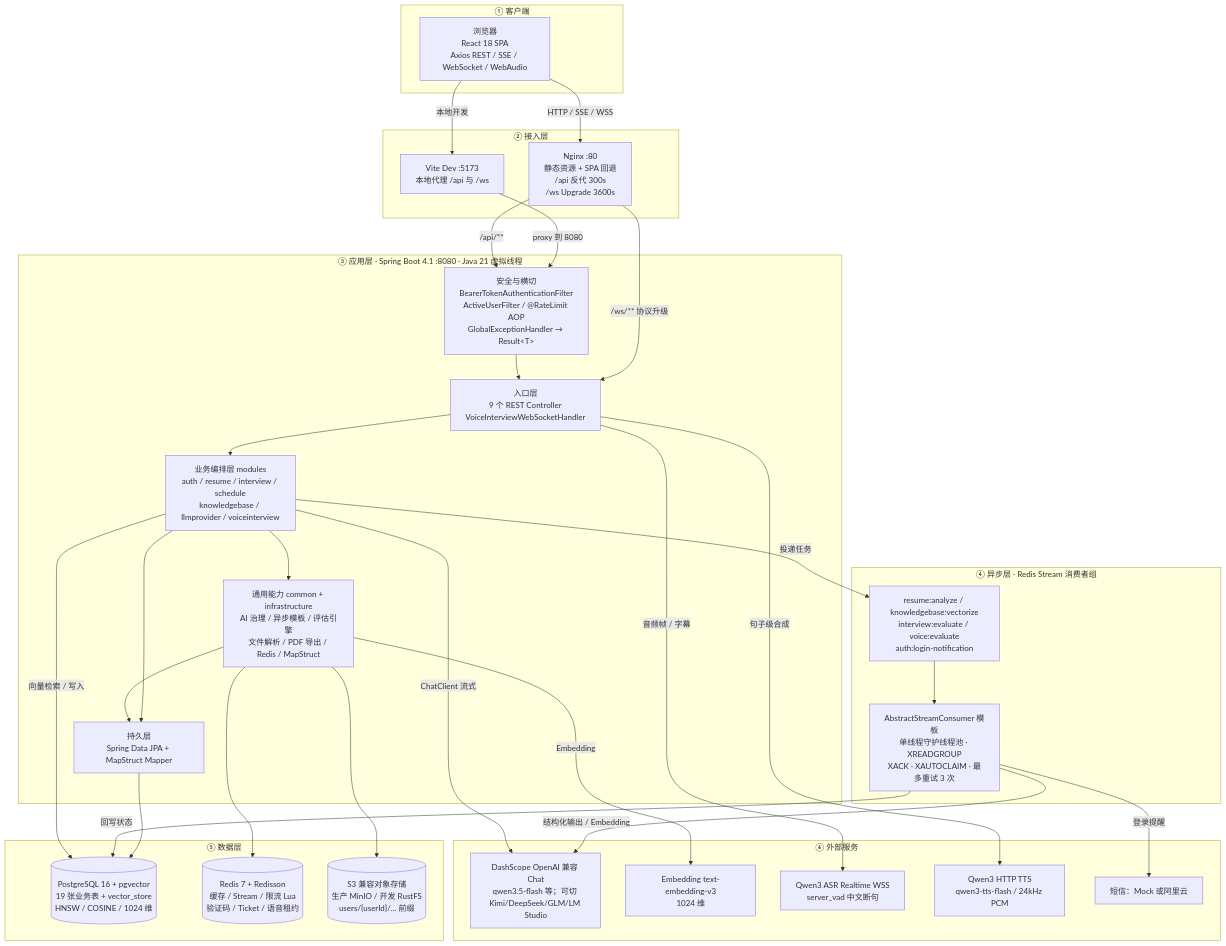
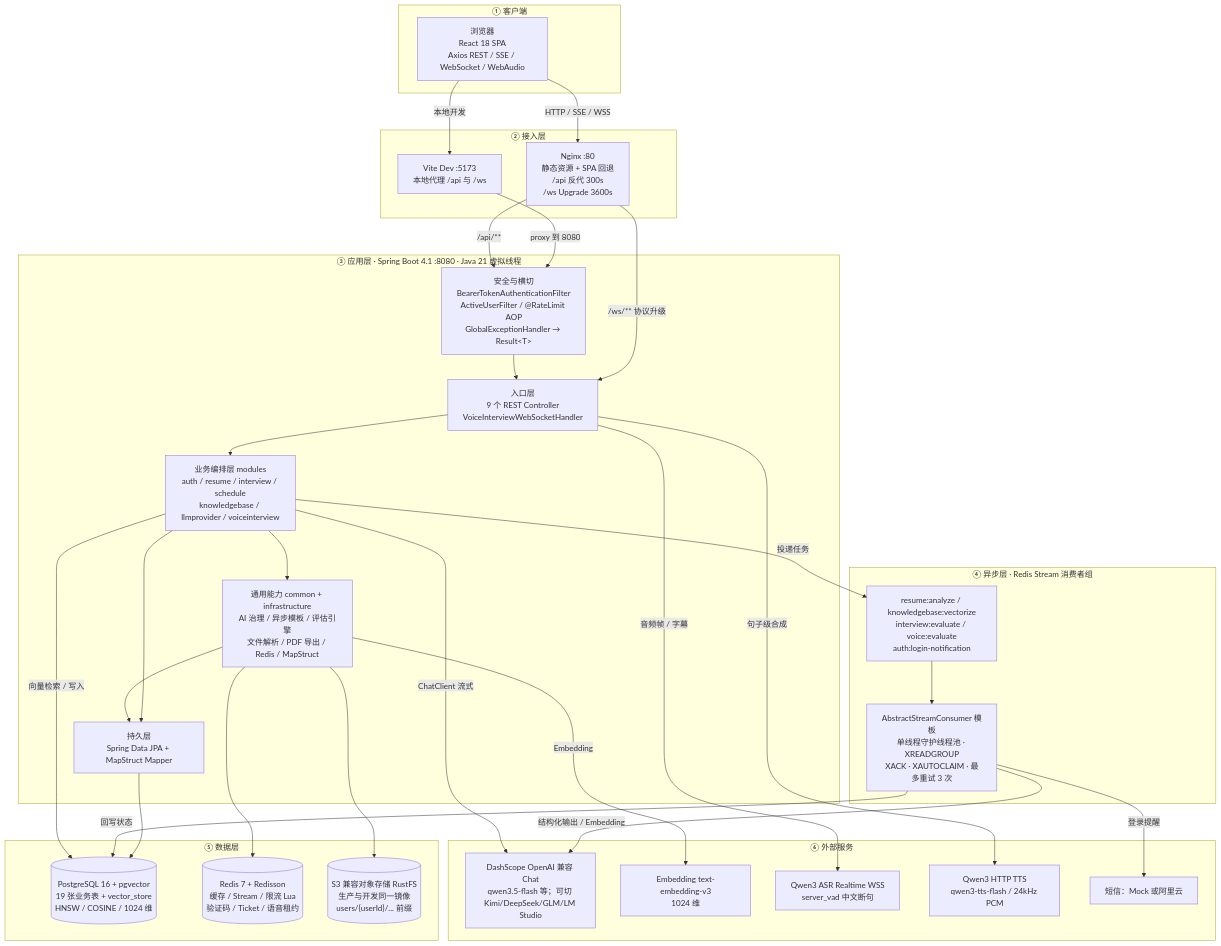
One commit to Panda-myj/interview-guide changed the first of 29 diagrams in 项目架构.md. Above: the diagram before and after it, drawn with Mermaid. The commit also changed other lines of this file and 129 other files, not shown here.

````diff
--- a/项目架构.md
+++ b/项目架构.md
@@ -68,61 +68,61 @@
 ```mermaid
 flowchart TB
   subgraph CLIENT["① 客户端"]
     BROWSER["浏览器<br/>React 18 SPA<br/>Axios REST / SSE / WebSocket / WebAudio"]
   end
 
   subgraph EDGE["② 接入层"]
     NGINX["Nginx :80<br/>静态资源 + SPA 回退<br/>/api 反代 300s<br/>/ws Upgrade 3600s"]
     VITE["Vite Dev :5173<br/>本地代理 /api 与 /ws"]
   end
 
   subgraph SERVER["③ 应用层 · Spring Boot 4.1 :8080 · Java 21 虚拟线程"]
     SEC["安全与横切<br/>BearerTokenAuthenticationFilter<br/>ActiveUserFilter / @RateLimit AOP<br/>GlobalExceptionHandler → Result&lt;T&gt;"]
     CTRL["入口层<br/>9 个 REST Controller<br/>VoiceInterviewWebSocketHandler"]
     SVC["业务编排层 modules<br/>auth / resume / interview / schedule<br/>knowledgebase / llmprovider / voiceinterview"]
     COMMON["通用能力 common + infrastructure<br/>AI 治理 / 异步模板 / 评估引擎<br/>文件解析 / PDF 导出 / Redis / MapStruct"]
     REPO["持久层<br/>Spring Data JPA + MapStruct Mapper"]
   end
 
   subgraph ASYNC["④ 异步层 · Redis Stream 消费者组"]
     MQ["resume:analyze / knowledgebase:vectorize<br/>interview:evaluate / voice:evaluate<br/>auth:login-notification"]
     CONSUMER["AbstractStreamConsumer 模板<br/>单线程守护线程池 · XREADGROUP<br/>XACK · XAUTOCLAIM · 最多重试 3 次"]
     MQ --> CONSUMER
   end
 
   subgraph DATA["⑤ 数据层"]
     PG[("PostgreSQL 16 + pgvector<br/>19 张业务表 + vector_store<br/>HNSW / COSINE / 1024 维")]
     REDIS[("Redis 7 + Redisson<br/>缓存 / Stream / 限流 Lua<br/>验证码 / Ticket / 语音租约")]
-    OSS[("S3 兼容对象存储<br/>生产 MinIO / 开发 RustFS<br/>users/{userId}/... 前缀")]
+    OSS[("S3 兼容对象存储 RustFS<br/>生产与开发同一镜像<br/>users/{userId}/... 前缀")]
   end
 
   subgraph EXTERNAL["⑥ 外部服务"]
     CHAT["DashScope OpenAI 兼容 Chat<br/>qwen3.5-flash 等；可切 Kimi/DeepSeek/GLM/LM Studio"]
     EMB["Embedding text-embedding-v3<br/>1024 维"]
     ASR["Qwen3 ASR Realtime WSS<br/>server_vad 中文断句"]
     TTS["Qwen3 HTTP TTS<br/>qwen3-tts-flash / 24kHz PCM"]
     SMS["短信：Mock 或阿里云"]
   end
 
   BROWSER -->|"HTTP / SSE / WSS"| NGINX
   BROWSER -->|"本地开发"| VITE
   VITE -->|"proxy 到 8080"| SEC
   NGINX -->|"/api/**"| SEC
   NGINX -->|"/ws/** 协议升级"| CTRL
   SEC --> CTRL --> SVC
   SVC --> COMMON
   SVC --> REPO
   COMMON --> REPO
   REPO --> PG
   COMMON --> REDIS
   COMMON --> OSS
   SVC -->|"投递任务"| MQ
   CONSUMER -->|"回写状态"| PG
   CONSUMER -->|"结构化输出 / Embedding"| CHAT
   SVC -->|"ChatClient 流式"| CHAT
   SVC -->|"向量检索 / 写入"| PG
   COMMON -->|"Embedding"| EMB
   CTRL -->|"音频帧 / 字幕"| ASR
   CTRL -->|"句子级合成"| TTS
   CONSUMER -->|"登录提醒"| SMS
 ```
````
